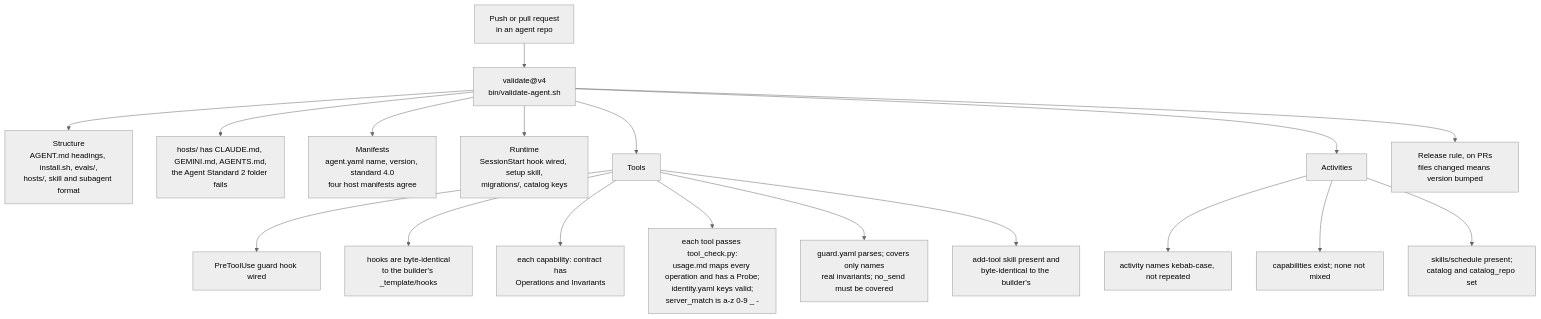
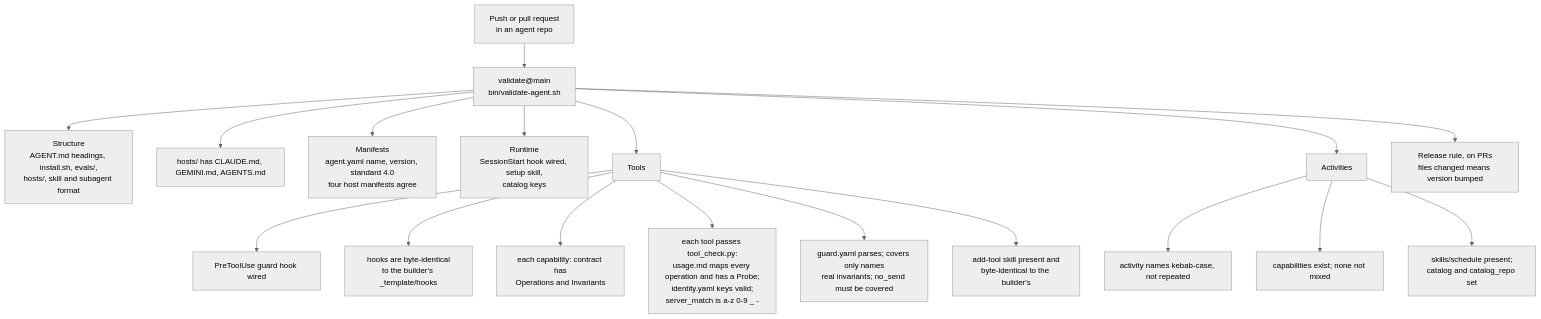
The second of 6 diagrams in docs/how-it-works.md (webspenser/agent-builder), drawn with Mermaid (neutral theme) before and after one commit. The commit also changed other lines of this file and 18 other files, not shown here.

Commit message:
chore: drop backward-compatibility scaffolding; CI tracks validate@main

````diff
--- a/docs/how-it-works.md
+++ b/docs/how-it-works.md
@@ -128,20 +128,20 @@
 ```mermaid
 flowchart TD
-  S["Push or pull request<br/>in an agent repo"] --> V["validate@v4<br/>bin/validate-agent.sh"]
+  S["Push or pull request<br/>in an agent repo"] --> V["validate@main<br/>bin/validate-agent.sh"]
   V --> ST["Structure<br/>AGENT.md headings, install.sh, evals/,<br/>hosts/, skill and subagent format"]
-  V --> HO["hosts/ has CLAUDE.md, GEMINI.md, AGENTS.md,<br/>the Agent Standard 2 folder fails"]
+  V --> HO["hosts/ has CLAUDE.md, GEMINI.md, AGENTS.md"]
   V --> MF["Manifests<br/>agent.yaml name, version, standard 4.0<br/>four host manifests agree"]
-  V --> RT["Runtime<br/>SessionStart hook wired, setup skill,<br/>migrations/, catalog keys"]
+  V --> RT["Runtime<br/>SessionStart hook wired, setup skill,<br/>catalog keys"]
   V --> TL["Tools"]
   V --> AC["Activities"]
   V --> BU["Release rule, on PRs<br/>files changed means version bumped"]
   TL --> T1["PreToolUse guard hook wired"]
   TL --> T2["hooks are byte-identical<br/>to the builder's _template/hooks"]
   TL --> T3["each capability: contract has<br/>Operations and Invariants"]
   TL --> T4["each tool passes tool_check.py:<br/>usage.md maps every operation and has a Probe;<br/>identity.yaml keys valid;<br/>server_match is a-z 0-9 _ -"]
   TL --> T5["guard.yaml parses; covers only names<br/>real invariants; no_send must be covered"]
   TL --> T6["add-tool skill present and<br/>byte-identical to the builder's"]
   AC --> A1["activity names kebab-case, not repeated"]
   AC --> A2["capabilities exist; none not mixed"]
   AC --> A3["skills/schedule present;<br/>catalog and catalog_repo set"]
 ```
````
